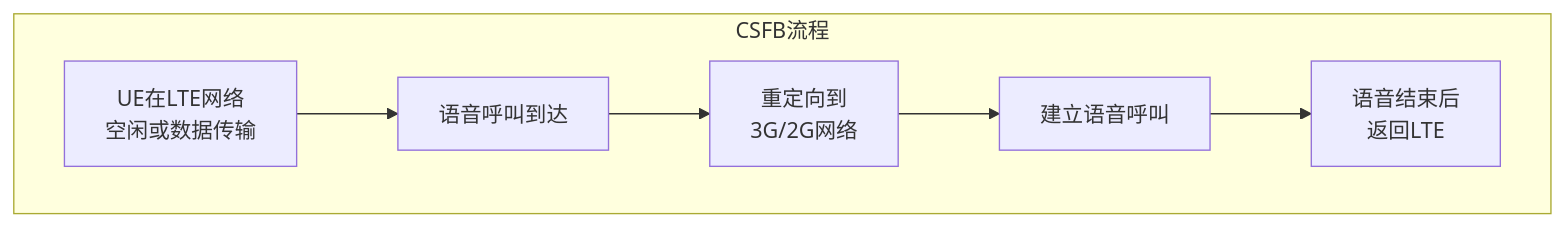
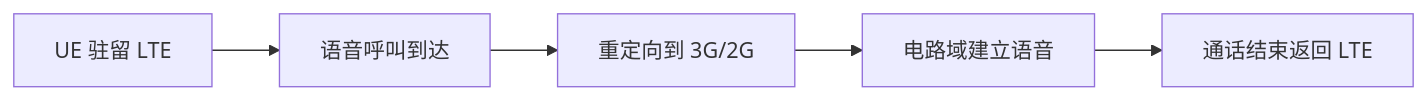
One commit to Dtheme/CS-base changed diagram 12 of 12 in 计算机网络/7.7无线网络：蜂窝移动性.md. Above: the diagram before and after it, drawn with Mermaid. The commit also changed other lines of this file and 51 other files, not shown here.

````diff
--- a/计算机网络/7.7无线网络：蜂窝移动性.md
+++ b/计算机网络/7.7无线网络：蜂窝移动性.md
@@ -792,15 +697,7 @@
 ```mermaid
-graph TB
-    subgraph "CSFB流程"
-        LTE["UE在LTE网络<br/>空闲或数据传输"]
-        Call["语音呼叫到达"]
-        Redirect["重定向到<br/>3G/2G网络"]
-        Voice["建立语音呼叫"]
-        Return["语音结束后<br/>返回LTE"]
-        
-        LTE --> Call
-        Call --> Redirect
-        Redirect --> Voice
-        Voice --> Return
-    end
+graph LR
+    A["UE 驻留 LTE"] --> B["语音呼叫到达"]
+    B --> C["重定向到 3G/2G"]
+    C --> D["电路域建立语音"]
+    D --> E["通话结束返回 LTE"]
 ```
````
